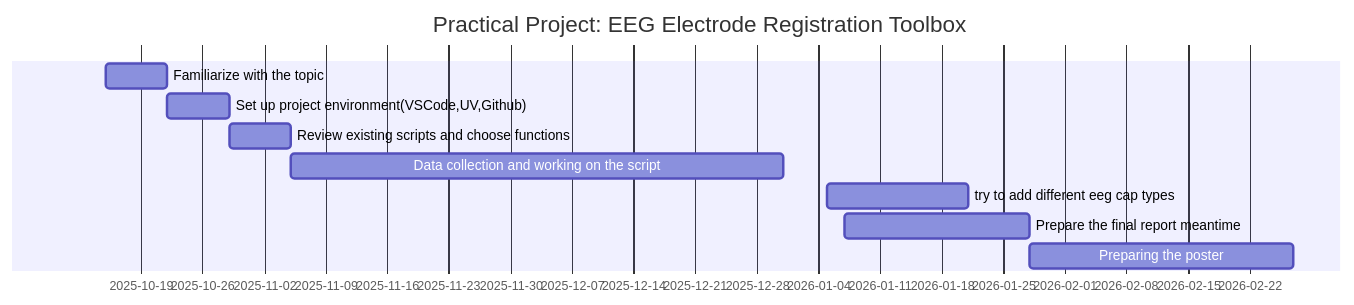
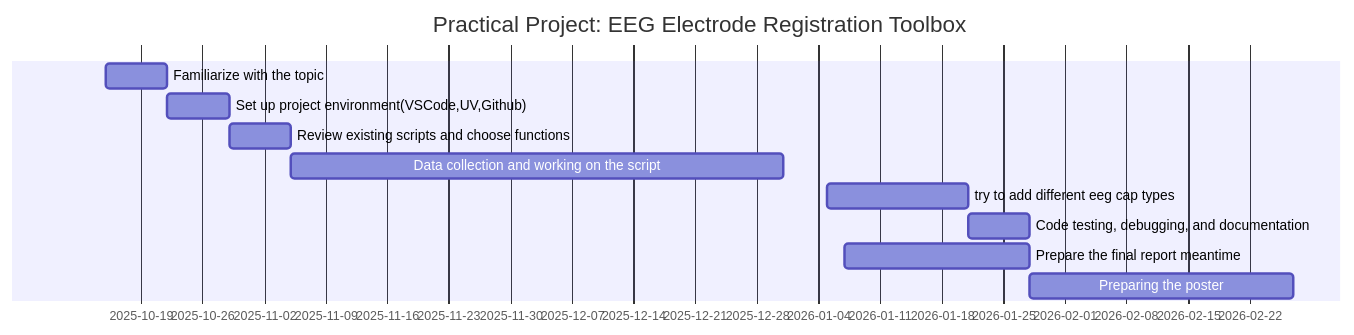
Before and after one commit to evrim06/video-eeg-electrode-registration: the diagram in README.md, drawn with Mermaid.

````diff
--- a/README.md
+++ b/README.md
@@ -5,13 +5,14 @@
 ```mermaid
 gantt
     title Practical Project: EEG Electrode Registration Toolbox
     dateFormat YYYY-MM-DD
     Familiarize with the topic: 2025-10-15,2025-10-22
     Set up project environment(VSCode,UV,Github):2025-10-22,2025-10-29
     Review existing scripts and choose functions:2025-10-29,2025-11-05
     Data collection and working on the script:2025-11-05,2025-12-31
     try to add different eeg cap types:2026-01-05,2026-01-21
+    Code testing, debugging, and documentation: 2026-01-21,2026-01-28
     Prepare the final report meantime:2026-01-07,2026-01-28
     Preparing the poster:2026-01-28,2026-02-27
 
 ```
````
